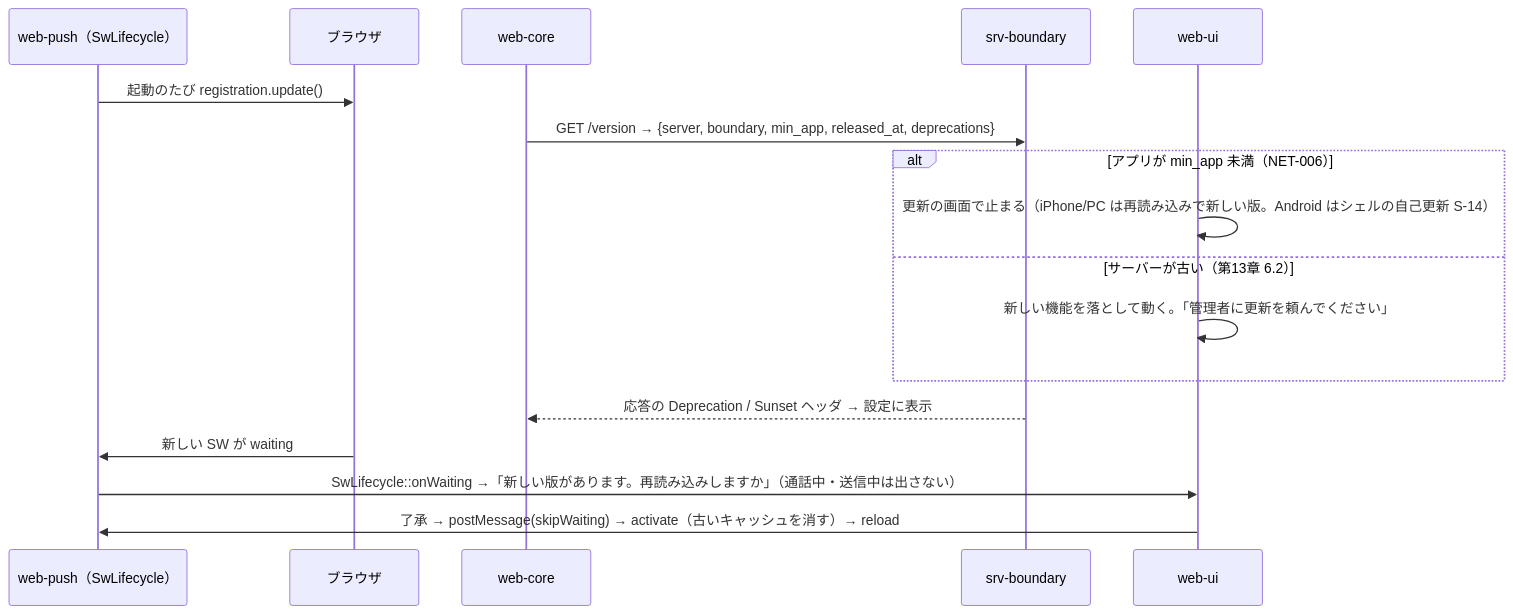
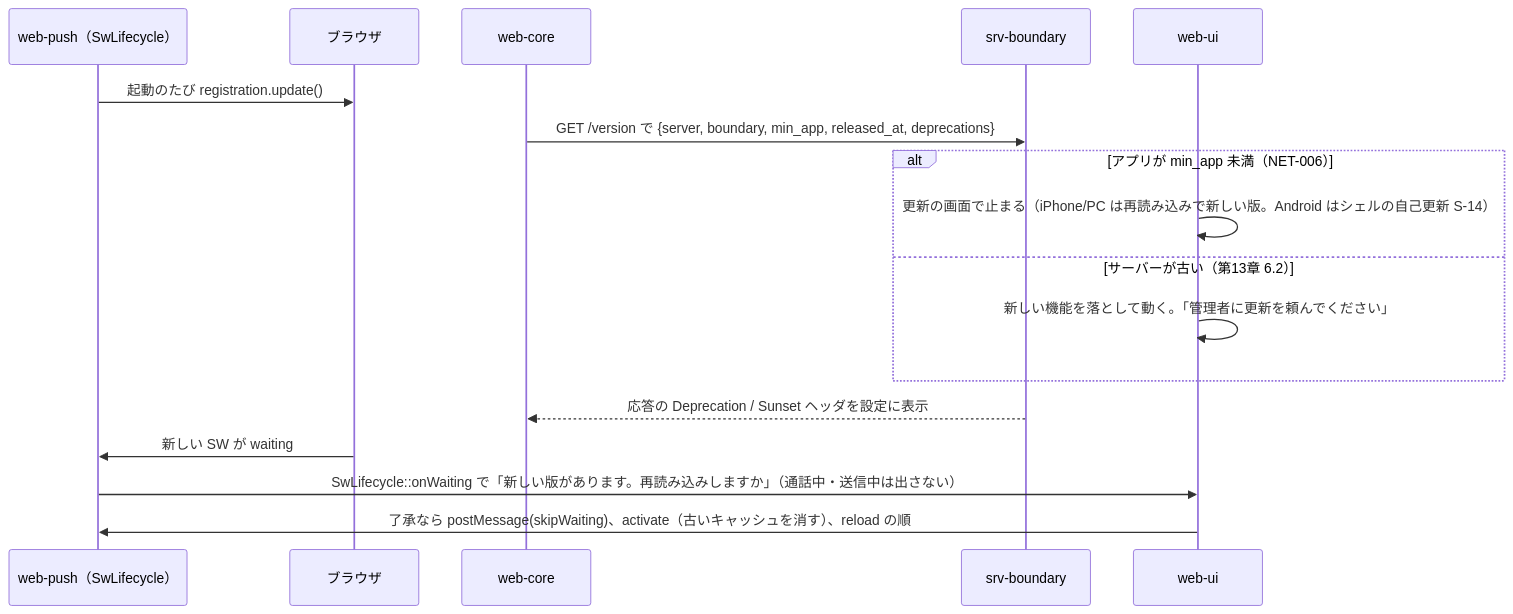
Before and after one commit to nrsd-ishikawasou/family-talk-pwa: the fifth of 5 diagrams in dev/docs/jp/シーケンス/09_同期と再接続.md, drawn with Mermaid. The commit also changed other lines of this file and 290 other files, not shown here.

````diff
--- a/dev/docs/jp/シーケンス/09_同期と再接続.md
+++ b/dev/docs/jp/シーケンス/09_同期と再接続.md
@@ -122,19 +133,19 @@
 ```mermaid
 sequenceDiagram
   participant WP as web-push（SwLifecycle）
   participant OS as ブラウザ
   participant WC as web-core
   participant BD as srv-boundary
   participant UI as web-ui
   WP->>OS: 起動のたび registration.update()
-  WC->>BD: GET /version → {server, boundary, min_app, released_at, deprecations}
+  WC->>BD: GET /version で {server, boundary, min_app, released_at, deprecations}
   alt アプリが min_app 未満（NET-006）
     UI->>UI: 更新の画面で止まる（iPhone/PC は再読み込みで新しい版。Android はシェルの自己更新 S-14）
   else サーバーが古い（第13章 6.2）
     UI->>UI: 新しい機能を落として動く。「管理者に更新を頼んでください」
   end
-  BD-->>WC: 応答の Deprecation / Sunset ヘッダ → 設定に表示
+  BD-->>WC: 応答の Deprecation / Sunset ヘッダを設定に表示
   OS->>WP: 新しい SW が waiting
-  WP->>UI: SwLifecycle::onWaiting →「新しい版があります。再読み込みしますか」（通話中・送信中は出さない）
-  UI->>WP: 了承 → postMessage(skipWaiting) → activate（古いキャッシュを消す）→ reload
+  WP->>UI: SwLifecycle::onWaiting で「新しい版があります。再読み込みしますか」（通話中・送信中は出さない）
+  UI->>WP: 了承なら postMessage(skipWaiting)、activate（古いキャッシュを消す）、reload の順
 ```
````
